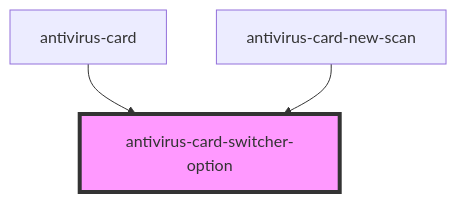
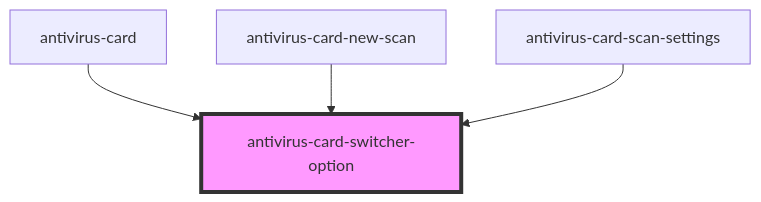
Before and after one commit to ispsystem/plugin-imunify: the diagram in client/packages/antivirus-card/src/components/switcher-option/readme.md, drawn with Mermaid. The commit also changed other lines of this file and 21 other files, not shown here.

Commit message:
wip(antivirus-card): 🚧 actions dont work :-(

````diff
--- a/client/packages/antivirus-card/src/components/switcher-option/readme.md
+++ b/client/packages/antivirus-card/src/components/switcher-option/readme.md
@@ -33,6 +34,7 @@
 ```mermaid
 graph TD;
   antivirus-card --> antivirus-card-switcher-option
   antivirus-card-new-scan --> antivirus-card-switcher-option
+  antivirus-card-scan-settings --> antivirus-card-switcher-option
   style antivirus-card-switcher-option fill:#f9f,stroke:#333,stroke-width:4px
 ```
````
